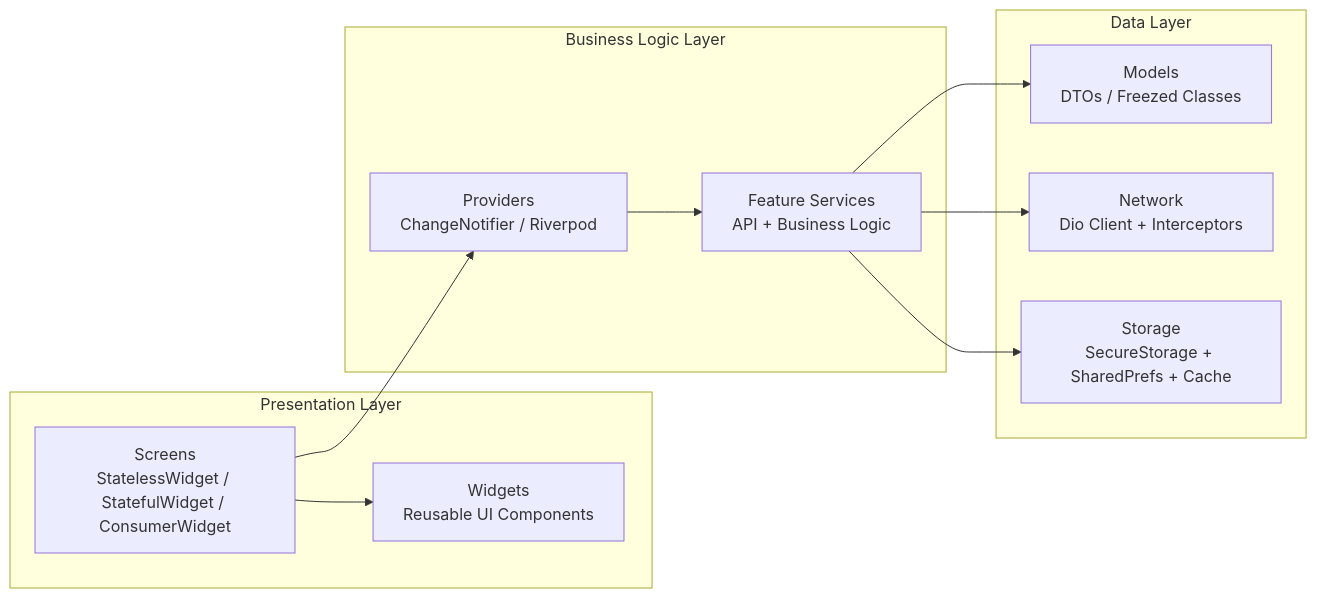
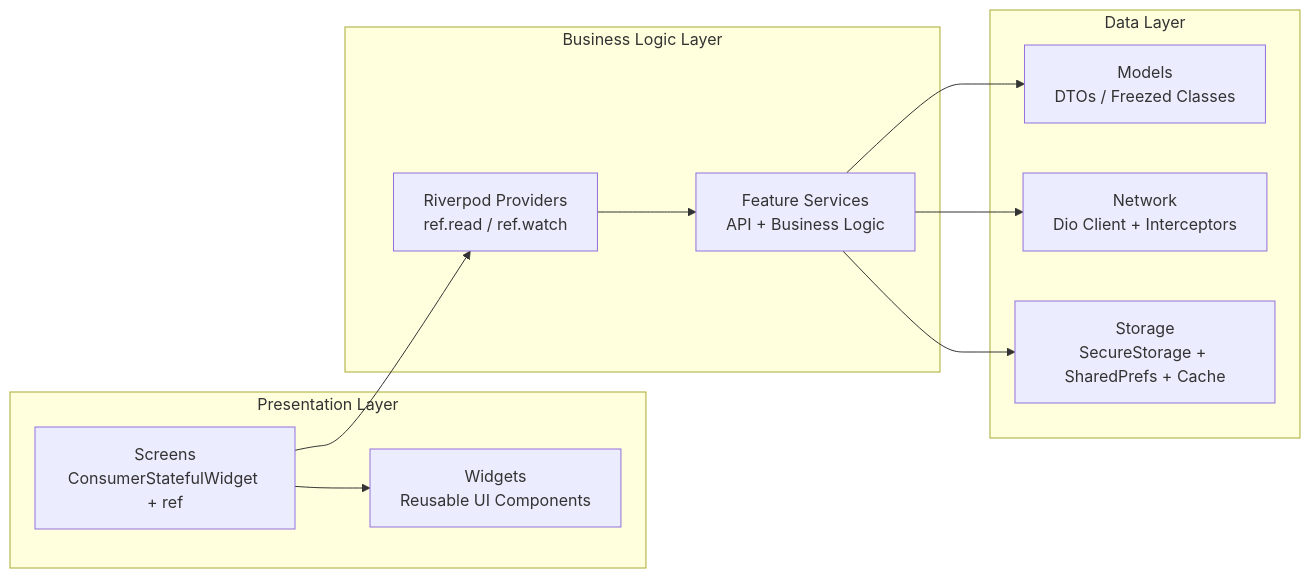
The second of 26 diagrams in FULL_DOCUMENTATION.md (JohnHasmie/manajemen-sekolah-vue), drawn with Mermaid before and after one commit. The commit also changed other lines of this file, not shown here.

First line of the commit message:
docs: update FULL_DOCUMENTATION.md to reflect current architecture

````diff
--- a/FULL_DOCUMENTATION.md
+++ b/FULL_DOCUMENTATION.md
@@ -203,25 +206,25 @@
 ```mermaid
 graph LR
     subgraph "Presentation Layer"
-        SCREENS[Screens<br/>StatelessWidget / StatefulWidget / ConsumerWidget]
+        SCREENS[Screens<br/>ConsumerStatefulWidget + ref]
         WIDGETS[Widgets<br/>Reusable UI Components]
     end
 
     subgraph "Business Logic Layer"
-        PROVIDERS[Providers<br/>ChangeNotifier / Riverpod]
+        PROVIDERS[Riverpod Providers<br/>ref.read / ref.watch]
         SERVICES[Feature Services<br/>API + Business Logic]
     end
 
     subgraph "Data Layer"
         MODELS[Models<br/>DTOs / Freezed Classes]
         NETWORK[Network<br/>Dio Client + Interceptors]
         STORAGE[Storage<br/>SecureStorage + SharedPrefs + Cache]
     end
 
     SCREENS --> PROVIDERS
     SCREENS --> WIDGETS
     PROVIDERS --> SERVICES
     SERVICES --> MODELS
     SERVICES --> NETWORK
     SERVICES --> STORAGE
 ```
````
